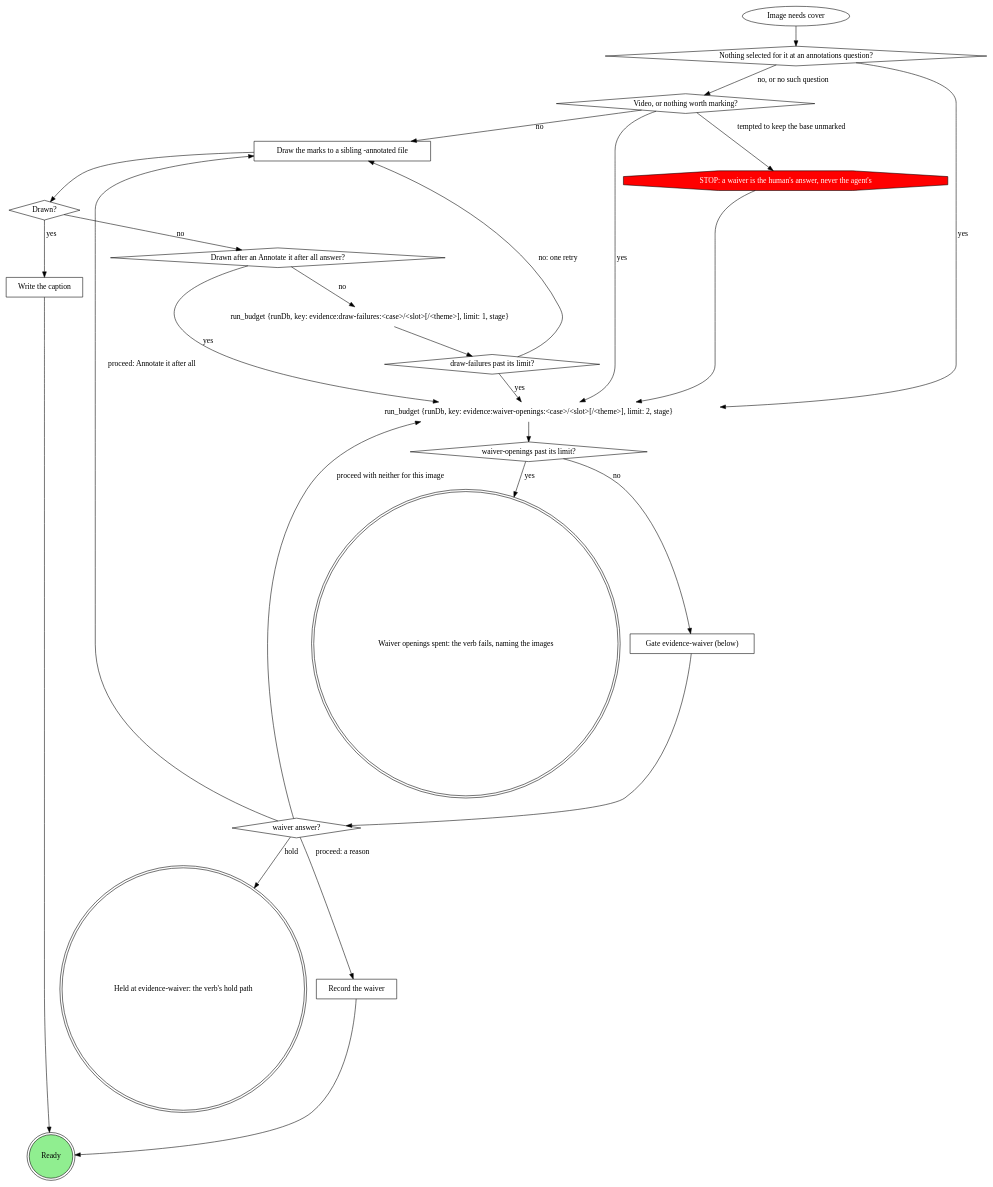
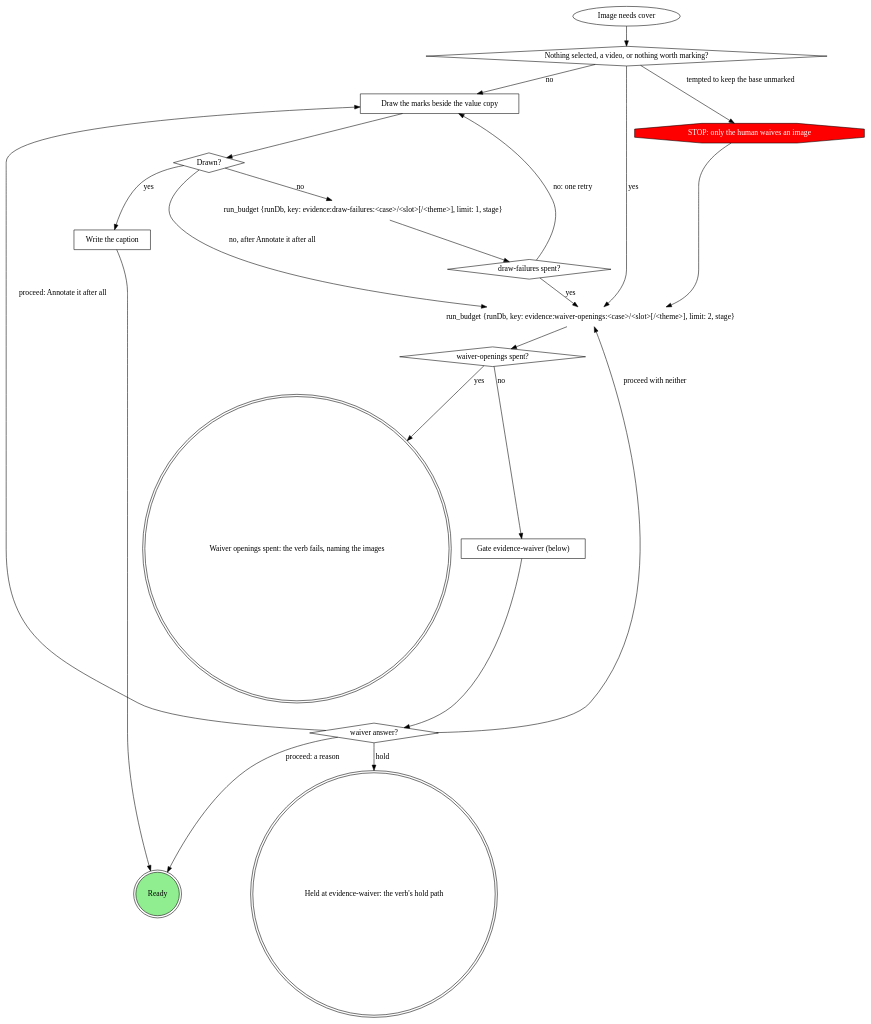
Before and after one commit to m4ttstack/mattstack: the second of 3 diagrams in plugins/mattstack/attachments/evidence-record/SKILL.md, drawn with Graphviz. The commit also changed other lines of this file and 1 other file, not shown here.

Commit message:
evidence skills: trim pass (budgets, compact counters, 25% smaller)

````diff
--- a/plugins/mattstack/attachments/evidence-record/SKILL.md
+++ b/plugins/mattstack/attachments/evidence-record/SKILL.md
@@ -85,50 +78,40 @@
 ```dot
 digraph annotate_or_waive {
-    rankdir=TB;
-
     "Image needs cover" [shape=ellipse];
-    "Nothing selected for it at an annotations question?" [shape=diamond];
-    "Video, or nothing worth marking?" [shape=diamond];
-    "Draw the marks to a sibling -annotated file" [shape=box];
+    "Nothing selected, a video, or nothing worth marking?" [shape=diamond];
+    "Draw the marks beside the value copy" [shape=box];
     "Drawn?" [shape=diamond];
-    "Drawn after an Annotate it after all answer?" [shape=diamond];
     "run_budget {runDb, key: evidence:draw-failures:<case>/<slot>[/<theme>], limit: 1, stage}" [shape=plaintext];
-    "draw-failures past its limit?" [shape=diamond];
+    "draw-failures spent?" [shape=diamond];
     "Write the caption" [shape=box];
     "run_budget {runDb, key: evidence:waiver-openings:<case>/<slot>[/<theme>], limit: 2, stage}" [shape=plaintext];
-    "waiver-openings past its limit?" [shape=diamond];
+    "waiver-openings spent?" [shape=diamond];
     "Gate evidence-waiver (below)" [shape=box];
     "waiver answer?" [shape=diamond];
-    "Record the waiver" [shape=box];
-    "STOP: a waiver is the human's answer, never the agent's" [shape=octagon style=filled fillcolor=red fontcolor=white];
+    "STOP: only the human waives an image" [shape=octagon style=filled fillcolor=red fontcolor=white];
     "Held at evidence-waiver: the verb's hold path" [shape=doublecircle];
     "Waiver openings spent: the verb fails, naming the images" [shape=doublecircle];
     "Ready" [shape=doublecircle style=filled fillcolor=lightgreen];
 
-    "Image needs cover" -> "Nothing selected for it at an annotations question?";
-    "Nothing selected for it at an annotations question?" -> "run_budget {runDb, key: evidence:waiver-openings:<case>/<slot>[/<theme>], limit: 2, stage}" [label="yes"];
-    "Nothing selected for it at an annotations question?" -> "Video, or nothing worth marking?" [label="no, or no such question"];
-    "Video, or nothing worth marking?" -> "run_budget {runDb, key: evidence:waiver-openings:<case>/<slot>[/<theme>], limit: 2, stage}" [label="yes"];
-    "Video, or nothing worth marking?" -> "Draw the marks to a sibling -annotated file" [label="no"];
-    "Video, or nothing worth marking?" -> "STOP: a waiver is the human's answer, never the agent's" [label="tempted to keep the base unmarked"];
-    "STOP: a waiver is the human's answer, never the agent's" -> "run_budget {runDb, key: evidence:waiver-openings:<case>/<slot>[/<theme>], limit: 2, stage}";
-    "Draw the marks to a sibling -annotated file" -> "Drawn?";
+    "Image needs cover" -> "Nothing selected, a video, or nothing worth marking?";
+    "Nothing selected, a video, or nothing worth marking?" -> "Draw the marks beside the value copy" [label="no"];
+    "Nothing selected, a video, or nothing worth marking?" -> "STOP: only the human waives an image" [label="tempted to keep the base unmarked"];
+    "STOP: only the human waives an image" -> "run_budget {runDb, key: evidence:waiver-openings:<case>/<slot>[/<theme>], limit: 2, stage}";
+    "Draw the marks beside the value copy" -> "Drawn?";
     "Drawn?" -> "Write the caption" [label="yes"];
-    "Drawn?" -> "Drawn after an Annotate it after all answer?" [label="no"];
-    "Drawn after an Annotate it after all answer?" -> "run_budget {runDb, key: evidence:waiver-openings:<case>/<slot>[/<theme>], limit: 2, stage}" [label="yes"];
-    "Drawn after an Annotate it after all answer?" -> "run_budget {runDb, key: evidence:draw-failures:<case>/<slot>[/<theme>], limit: 1, stage}" [label="no"];
-    "run_budget {runDb, key: evidence:draw-failures:<case>/<slot>[/<theme>], limit: 1, stage}" -> "draw-failures past its limit?";
-    "draw-failures past its limit?" -> "Draw the marks to a sibling -annotated file" [label="no: one retry"];
-    "draw-failures past its limit?" -> "run_budget {runDb, key: evidence:waiver-openings:<case>/<slot>[/<theme>], limit: 2, stage}" [label="yes"];
+    "Drawn?" -> "run_budget {runDb, key: evidence:draw-failures:<case>/<slot>[/<theme>], limit: 1, stage}" [label="no"];
+    "Drawn?" -> "run_budget {runDb, key: evidence:waiver-openings:<case>/<slot>[/<theme>], limit: 2, stage}" [label="no, after Annotate it after all"];
+    "run_budget {runDb, key: evidence:draw-failures:<case>/<slot>[/<theme>], limit: 1, stage}" -> "draw-failures spent?";
+    "draw-failures spent?" -> "Draw the marks beside the value copy" [label="no: one retry"];
+    {"Nothing selected, a video, or nothing worth marking?" "draw-failures spent?"} -> "run_budget {runDb, key: evidence:waiver-openings:<case>/<slot>[/<theme>], limit: 2, stage}" [label="yes"];
     "Write the caption" -> "Ready";
-    "run_budget {runDb, key: evidence:waiver-openings:<case>/<slot>[/<theme>], limit: 2, stage}" -> "waiver-openings past its limit?";
-    "waiver-openings past its limit?" -> "Gate evidence-waiver (below)" [label="no"];
-    "waiver-openings past its limit?" -> "Waiver openings spent: the verb fails, naming the images" [label="yes"];
+    "run_budget {runDb, key: evidence:waiver-openings:<case>/<slot>[/<theme>], limit: 2, stage}" -> "waiver-openings spent?";
+    "waiver-openings spent?" -> "Gate evidence-waiver (below)" [label="no"];
+    "waiver-openings spent?" -> "Waiver openings spent: the verb fails, naming the images" [label="yes"];
     "Gate evidence-waiver (below)" -> "waiver answer?";
-    "waiver answer?" -> "Record the waiver" [label="proceed: a reason"];
-    "waiver answer?" -> "Draw the marks to a sibling -annotated file" [label="proceed: Annotate it after all"];
-    "waiver answer?" -> "run_budget {runDb, key: evidence:waiver-openings:<case>/<slot>[/<theme>], limit: 2, stage}" [label="proceed with neither for this image"];
+    "waiver answer?" -> "Ready" [label="proceed: a reason"];
+    "waiver answer?" -> "Draw the marks beside the value copy" [label="proceed: Annotate it after all"];
+    "waiver answer?" -> "run_budget {runDb, key: evidence:waiver-openings:<case>/<slot>[/<theme>], limit: 2, stage}" [label="proceed with neither"];
     "waiver answer?" -> "Held at evidence-waiver: the verb's hold path" [label="hold"];
-    "Record the waiver" -> "Ready";
 }
 ```
````
